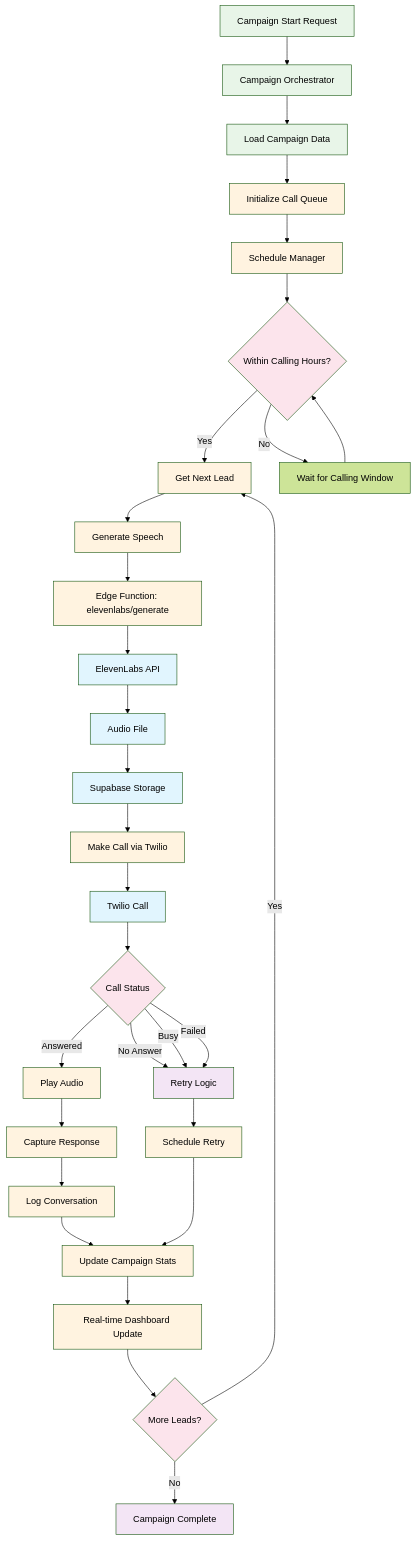
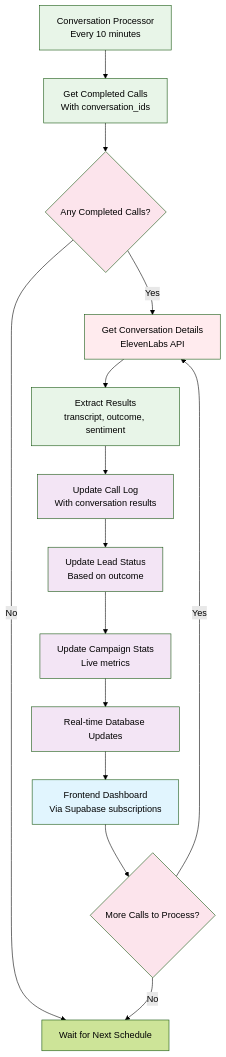
The tenth of 11 diagrams in docs/elevenlabs-architecture.md (callhenk/henk), drawn with Mermaid (forest theme) before and after one commit. The commit also changed other lines of this file and 1 other file, not shown here.

First line of the commit message:
Update ElevenLabs integration documentation to reflect API route changes and simplified architecture

````diff
--- a/docs/elevenlabs-architecture.md
+++ b/docs/elevenlabs-architecture.md
@@ -337,51 +322,32 @@
 ```mermaid
 flowchart TD
-    A[Campaign Start Request] --> B[Campaign Orchestrator]
-    B --> C[Load Campaign Data]
-    C --> D[Initialize Call Queue]
-    D --> E[Schedule Manager]
+    A[Conversation Processor<br/>Every 10 minutes] --> B[Get Completed Calls<br/>With conversation_ids]
+    B --> C{Any Completed Calls?}
 
-    E --> F{Within Calling Hours?}
-    F -->|Yes| G[Get Next Lead]
-    F -->|No| H[Wait for Calling Window]
-    H --> F
+    C -->|Yes| D[Get Conversation Details<br/>ElevenLabs API]
+    C -->|No| E[Wait for Next Schedule]
 
-    G --> I[Generate Speech]
-    I --> J[Edge Function: elevenlabs/generate]
-    J --> K[ElevenLabs API]
-    K --> L[Audio File]
-    L --> M[Supabase Storage]
+    D --> F[Extract Results<br/>transcript, outcome, sentiment]
+    F --> G[Update Call Log<br/>With conversation results]
+    G --> H[Update Lead Status<br/>Based on outcome]
+    H --> I[Update Campaign Stats<br/>Live metrics]
 
-    M --> N[Make Call via Twilio]
-    N --> O[Twilio Call]
-    O --> P{Call Status}
+    I --> J[Real-time Database Updates]
+    J --> K[Frontend Dashboard<br/>Via Supabase subscriptions]
 
-    P -->|Answered| Q[Play Audio]
-    P -->|No Answer| R[Retry Logic]
-    P -->|Busy| R
-    P -->|Failed| R
+    K --> L{More Calls to Process?}
+    L -->|Yes| D
+    L -->|No| E
 
-    Q --> S[Capture Response]
-    S --> T[Log Conversation]
-    R --> U[Schedule Retry]
+    classDef scheduled fill:#e8f5e8
+    classDef external fill:#ffebee
+    classDef database fill:#f3e5f5
+    classDef frontend fill:#e1f5fe
+    classDef decision fill:#fce4ec
 
-    T --> V[Update Campaign Stats]
-    U --> V
-    V --> W[Real-time Dashboard Update]
-
-    W --> X{More Leads?}
-    X -->|Yes| G
-    X -->|No| Y[Campaign Complete]
-
-    classDef start fill:#e8f5e8
-    classDef process fill:#fff3e0
-    classDef decision fill:#fce4ec
-    classDef external fill:#e1f5fe
-    classDef complete fill:#f3e5f5
-
-    class A,B,C start
-    class D,E,G,I,J,N,Q,S,T,U,V,W process
-    class F,P,X decision
-    class K,L,M,O external
-    class Y,R complete
+    class A,B,D,F,G,H,I scheduled
+    class D external
+    class G,H,I,J database
+    class K frontend
+    class C,L decision
 ```
````
